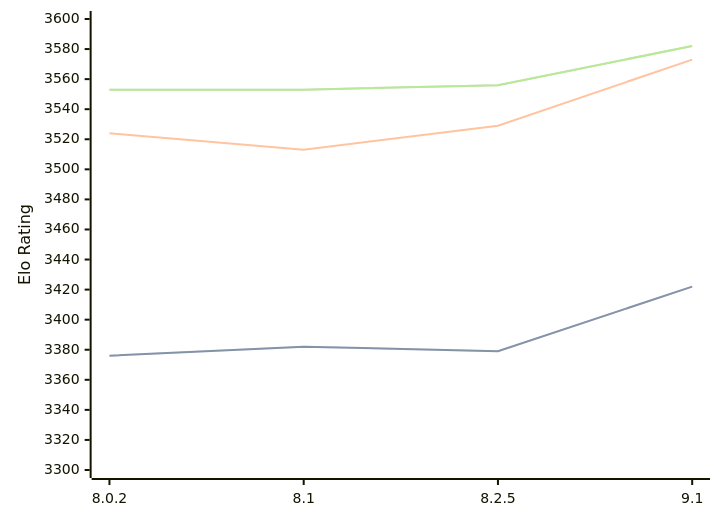
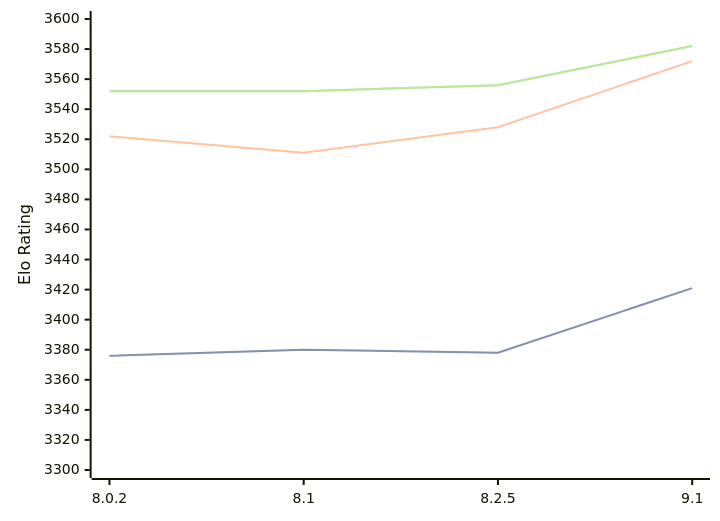
The diagram in engines/Clover.md (computer-chess-index/cci), drawn with Mermaid before and after one commit. The commit also changed other lines of this file, not shown here.

Commit message:
Update CCI Ratings (ELO VLTC) - 2026-03-09

````diff
--- a/engines/Clover.md
+++ b/engines/Clover.md
@@ -62,11 +62,11 @@
 ```mermaid
 %%{init: {"theme":"base","themeVariables":{"seriesColors:['#a3a3a3','#222221','#faa371']}}}%%
 xychart-beta
   x-axis ["8.0.2", "8.1", "8.2.5", "9.1"]
   y-axis "Elo Rating" 3300 --> 3600
-  line "STC (8.0+0.08s)" [3376, 3382, 3379, 3422]
-  line "STC (8.0+0.08s)" [3376, 3382, 3379, 3422]
-  line "LTC (60.0+0.60s)" [3524, 3513, 3529, 3573]
-  line "VLTC (2m24s+1.12s)" [3553, 3553, 3556, 3582]
-  line "VLTC (2m24s+1.12s)" [3553, 3553, 3556, 3582]
+  line "STC (8.0+0.08s)" [3376, 3380, 3378, 3421]
+  line "STC (8.0+0.08s)" [3376, 3380, 3378, 3421]
+  line "LTC (60.0+0.60s)" [3522, 3511, 3528, 3572]
+  line "VLTC (2m24s+1.12s)" [3552, 3552, 3556, 3582]
+  line "VLTC (2m24s+1.12s)" [3552, 3552, 3556, 3582]
 ```
````
